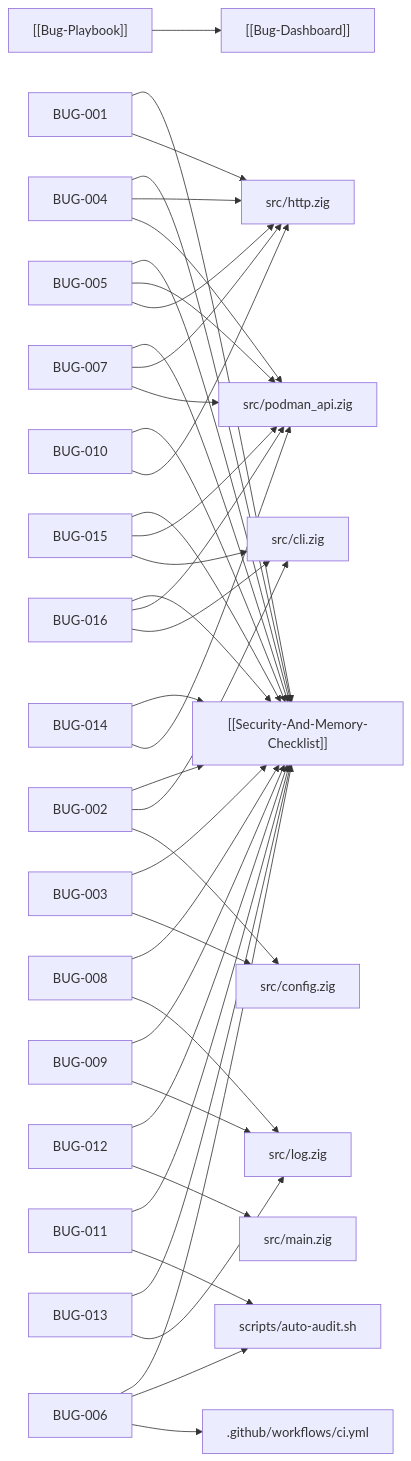
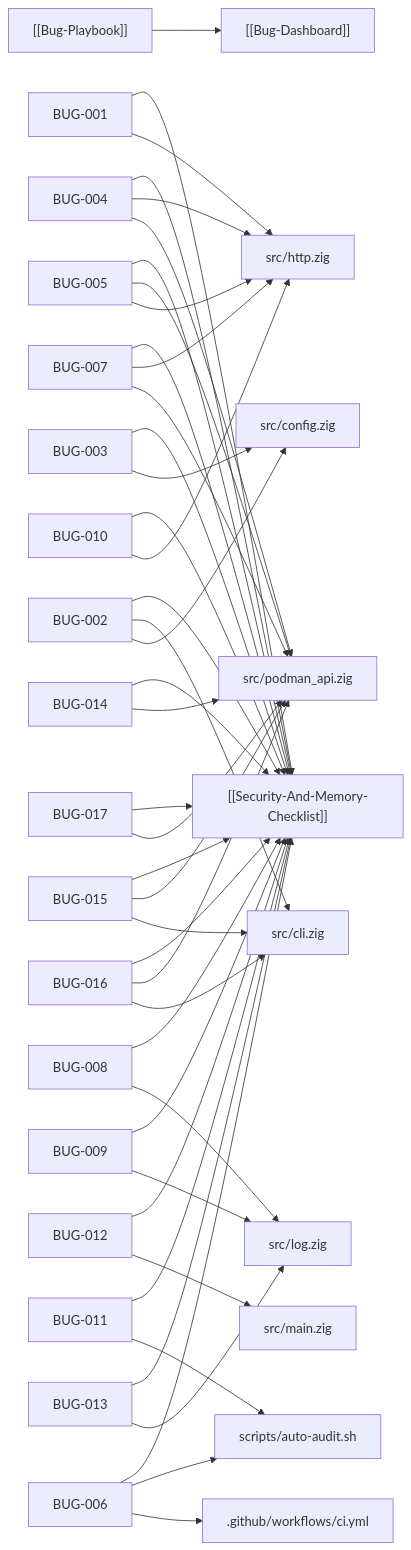
The diagram in docs/vault/Bug-Dashboard.md (srayuth202510-byte/zigpodza), drawn with Mermaid before and after one commit. The commit also changed other lines of this file and 11 other files, not shown here.

````diff
--- a/docs/vault/Bug-Dashboard.md
+++ b/docs/vault/Bug-Dashboard.md
@@ -29,43 +29,45 @@
 ```mermaid
 flowchart LR
     PLAYBOOK["[[Bug-Playbook]]"] --> DASH["[[Bug-Dashboard]]"]
     BUG001["BUG-001"] --> SEC["[[Security-And-Memory-Checklist]]"]
     BUG001 --> src_http_zig["src/http.zig"]
     BUG002["BUG-002"] --> SEC["[[Security-And-Memory-Checklist]]"]
     BUG002 --> src_cli_zig["src/cli.zig"]
     BUG002 --> src_config_zig["src/config.zig"]
     BUG003["BUG-003"] --> SEC["[[Security-And-Memory-Checklist]]"]
     BUG003 --> src_config_zig["src/config.zig"]
     BUG004["BUG-004"] --> SEC["[[Security-And-Memory-Checklist]]"]
     BUG004 --> src_http_zig["src/http.zig"]
     BUG004 --> src_podman_api_zig["src/podman_api.zig"]
     BUG005["BUG-005"] --> SEC["[[Security-And-Memory-Checklist]]"]
     BUG005 --> src_podman_api_zig["src/podman_api.zig"]
     BUG005 --> src_http_zig["src/http.zig"]
     BUG006["BUG-006"] --> SEC["[[Security-And-Memory-Checklist]]"]
     BUG006 --> scripts_auto_audit_sh["scripts/auto-audit.sh"]
     BUG006 --> _github_workflows_ci_yml[".github/workflows/ci.yml"]
     BUG007["BUG-007"] --> SEC["[[Security-And-Memory-Checklist]]"]
     BUG007 --> src_http_zig["src/http.zig"]
     BUG007 --> src_podman_api_zig["src/podman_api.zig"]
     BUG008["BUG-008"] --> SEC["[[Security-And-Memory-Checklist]]"]
     BUG008 --> src_log_zig["src/log.zig"]
     BUG009["BUG-009"] --> SEC["[[Security-And-Memory-Checklist]]"]
     BUG009 --> src_log_zig["src/log.zig"]
     BUG010["BUG-010"] --> SEC["[[Security-And-Memory-Checklist]]"]
     BUG010 --> src_http_zig["src/http.zig"]
     BUG011["BUG-011"] --> SEC["[[Security-And-Memory-Checklist]]"]
     BUG011 --> scripts_auto_audit_sh["scripts/auto-audit.sh"]
     BUG012["BUG-012"] --> SEC["[[Security-And-Memory-Checklist]]"]
     BUG012 --> src_main_zig["src/main.zig"]
     BUG013["BUG-013"] --> SEC["[[Security-And-Memory-Checklist]]"]
     BUG013 --> src_log_zig["src/log.zig"]
     BUG014["BUG-014"] --> SEC["[[Security-And-Memory-Checklist]]"]
     BUG014 --> src_podman_api_zig["src/podman_api.zig"]
     BUG015["BUG-015"] --> SEC["[[Security-And-Memory-Checklist]]"]
     BUG015 --> src_podman_api_zig["src/podman_api.zig"]
     BUG015 --> src_cli_zig["src/cli.zig"]
     BUG016["BUG-016"] --> SEC["[[Security-And-Memory-Checklist]]"]
     BUG016 --> src_podman_api_zig["src/podman_api.zig"]
     BUG016 --> src_cli_zig["src/cli.zig"]
+    BUG017["BUG-017"] --> SEC["[[Security-And-Memory-Checklist]]"]
+    BUG017 --> src_podman_api_zig["src/podman_api.zig"]
 ```
````
